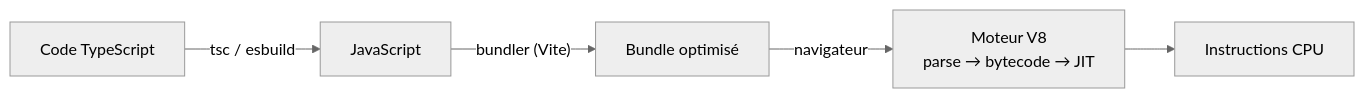
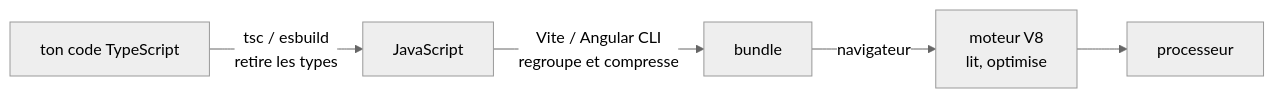
One commit to galsen-76/Informatique- changed the diagram in 03-Langage/Theorie-Generale/TG-01-Comment-fonctionne-un-programme.md. Above: the diagram before and after it, drawn with Mermaid (neutral theme). The commit also changed other lines of this file and 7 other files, not shown here.

````diff
--- a/03-Langage/Theorie-Generale/TG-01-Comment-fonctionne-un-programme.md
+++ b/03-Langage/Theorie-Generale/TG-01-Comment-fonctionne-un-programme.md
@@ -52,7 +36,7 @@
 ```mermaid
 flowchart LR
-  TS["Code TypeScript"] -->|"tsc / esbuild"| JS["JavaScript"]
-  JS -->|"bundler (Vite)"| B["Bundle optimisé"]
-  B -->|"navigateur"| V8["Moteur V8<br/>parse → bytecode → JIT"]
-  V8 --> CPU["Instructions CPU"]
+  TS["ton code TypeScript"] -->|"tsc / esbuild<br/>retire les types"| JS["JavaScript"]
+  JS -->|"Vite / Angular CLI<br/>regroupe et compresse"| B["bundle"]
+  B -->|"navigateur"| V8["moteur V8<br/>lit, optimise"]
+  V8 --> CPU["processeur"]
 ```
````
